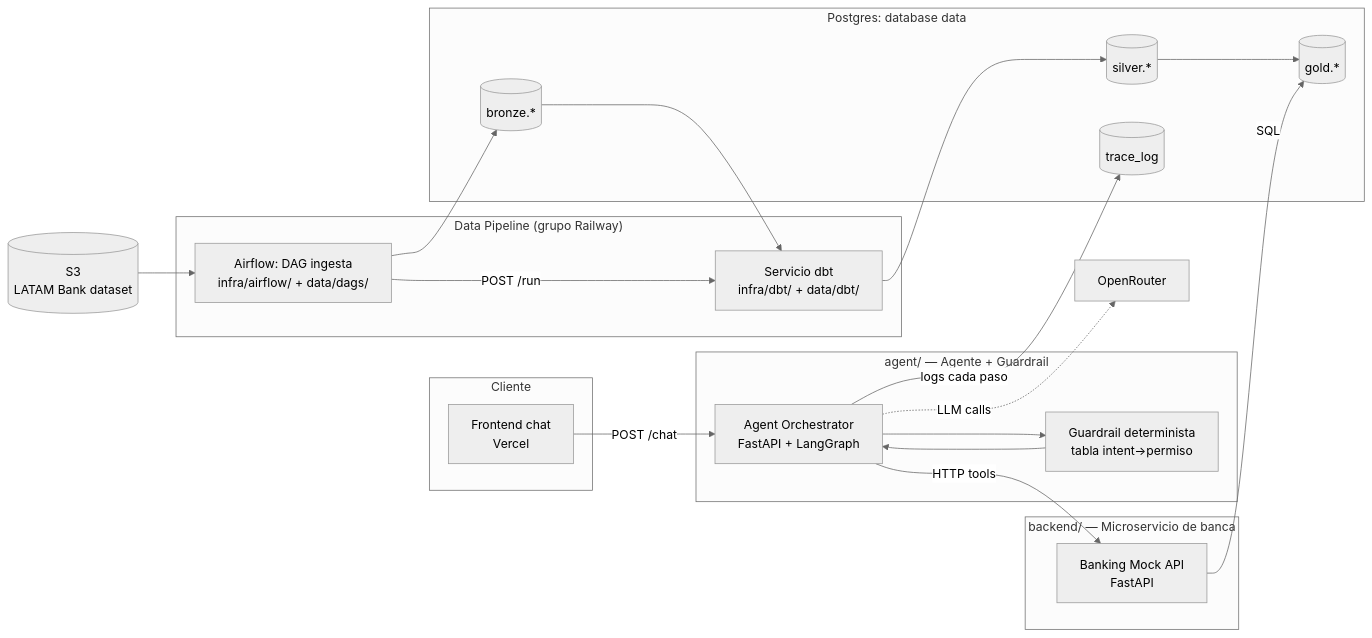
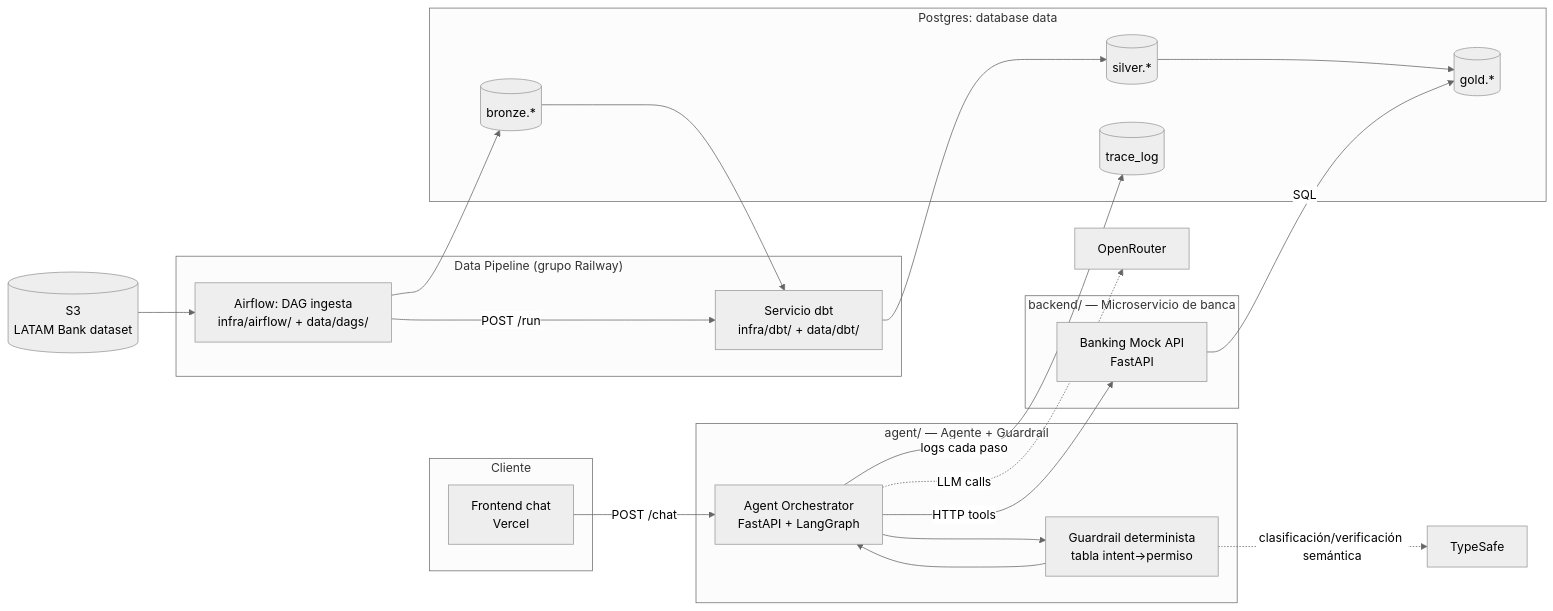
Before and after one commit to diego-rejalas/factored-hackathon-2026-bitcoders: the first of 2 diagrams in spec/ARCHITECTURE.md, drawn with Mermaid (neutral theme). The commit also changed other lines of this file and 3 other files, not shown here.

````diff
--- a/spec/ARCHITECTURE.md
+++ b/spec/ARCHITECTURE.md
@@ -9,42 +9,43 @@
 ```mermaid
 flowchart LR
     subgraph client["Cliente"]
         FE[Frontend chat<br/>Vercel]
     end
 
     subgraph agentv["agent/ — Agente + Guardrail"]
         AGENT[Agent Orchestrator<br/>FastAPI + LangGraph]
         GUARD[Guardrail determinista<br/>tabla intent→permiso]
         AGENT --> GUARD
         GUARD --> AGENT
     end
 
     subgraph bankv["backend/ — Microservicio de banca"]
         BANK[Banking Mock API<br/>FastAPI]
     end
 
     subgraph etlv["Data Pipeline (grupo Railway)"]
         INGEST[Airflow: DAG ingesta<br/>infra/airflow/ + data/dags/]
         DBT[Servicio dbt<br/>infra/dbt/ + data/dbt/]
         INGEST -->|POST /run| DBT
     end
 
     subgraph data["Postgres: database data"]
         BRONZE[(bronze.*)]
         SILVER[(silver.*)]
         GOLD[(gold.*)]
         TRACE[(trace_log)]
     end
 
     S3[(S3<br/>LATAM Bank dataset)] --> INGEST
     INGEST --> BRONZE
     BRONZE --> DBT
     DBT --> SILVER
     SILVER --> GOLD
 
     FE -->|POST /chat| AGENT
     AGENT -->|logs cada paso| TRACE
     AGENT -->|HTTP tools| BANK
     BANK -->|SQL| GOLD
     AGENT -.->|LLM calls| OR[OpenRouter]
+    GUARD -.->|clasificación/verificación semántica| TS[TypeSafe]
 ```
````
